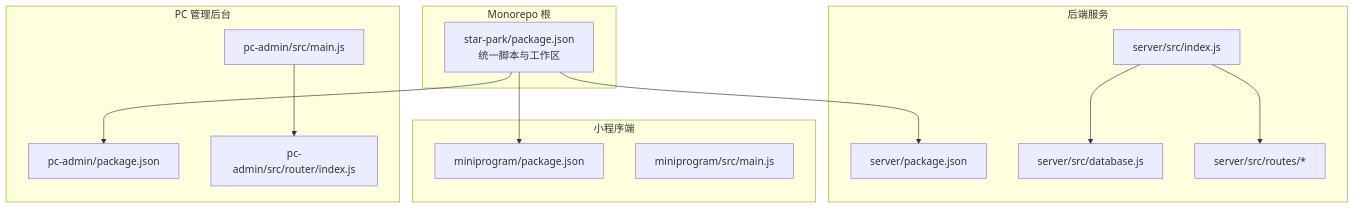
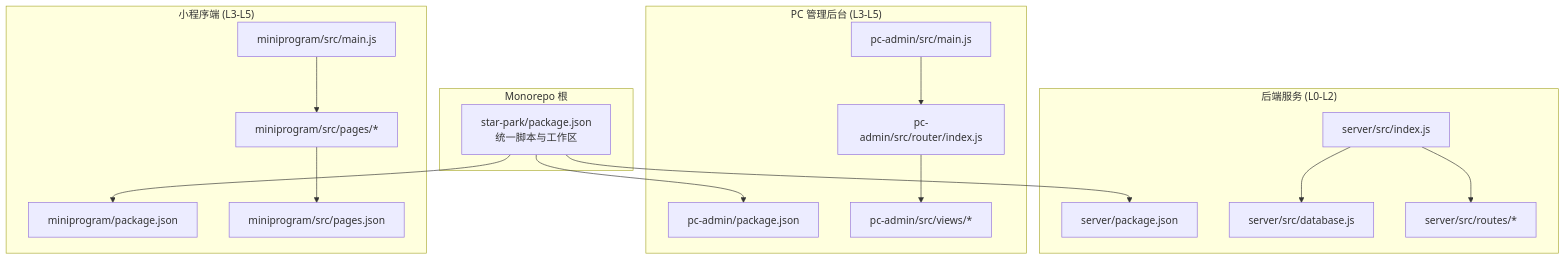
One commit to dawny123123/StarParadise changed the first of 9 diagrams in .qoder/repowiki/zh/content/系统架构设计/系统架构设计.md. Above: the diagram before and after it, drawn with Mermaid. The commit also changed other lines of this file and 229 other files, not shown here.

````diff
--- a/.qoder/repowiki/zh/content/系统架构设计/系统架构设计.md
+++ b/.qoder/repowiki/zh/content/系统架构设计/系统架构设计.md
@@ -42,27 +58,33 @@
 ```mermaid
 graph TB
 subgraph "Monorepo 根"
 ROOT_PKG["star-park/package.json<br/>统一脚本与工作区"]
 end
-subgraph "后端服务"
+subgraph "后端服务 (L0-L2)"
 S_PKG["server/package.json"]
 S_ENTRY["server/src/index.js"]
 S_DB["server/src/database.js"]
 S_ROUTES["server/src/routes/*"]
 end
-subgraph "PC 管理后台"
+subgraph "PC 管理后台 (L3-L5)"
 PC_PKG["pc-admin/package.json"]
 PC_MAIN["pc-admin/src/main.js"]
 PC_ROUTER["pc-admin/src/router/index.js"]
+PC_VIEWS["pc-admin/src/views/*"]
 end
-subgraph "小程序端"
+subgraph "小程序端 (L3-L5)"
 MP_PKG["miniprogram/package.json"]
 MP_MAIN["miniprogram/src/main.js"]
+MP_PAGES["miniprogram/src/pages/*"]
+MP_CONFIG["miniprogram/src/pages.json"]
 end
 ROOT_PKG --> S_PKG
 ROOT_PKG --> PC_PKG
 ROOT_PKG --> MP_PKG
 S_ENTRY --> S_ROUTES
 S_ENTRY --> S_DB
 PC_MAIN --> PC_ROUTER
+PC_ROUTER --> PC_VIEWS
+MP_MAIN --> MP_PAGES
+MP_PAGES --> MP_CONFIG
 ```
````
